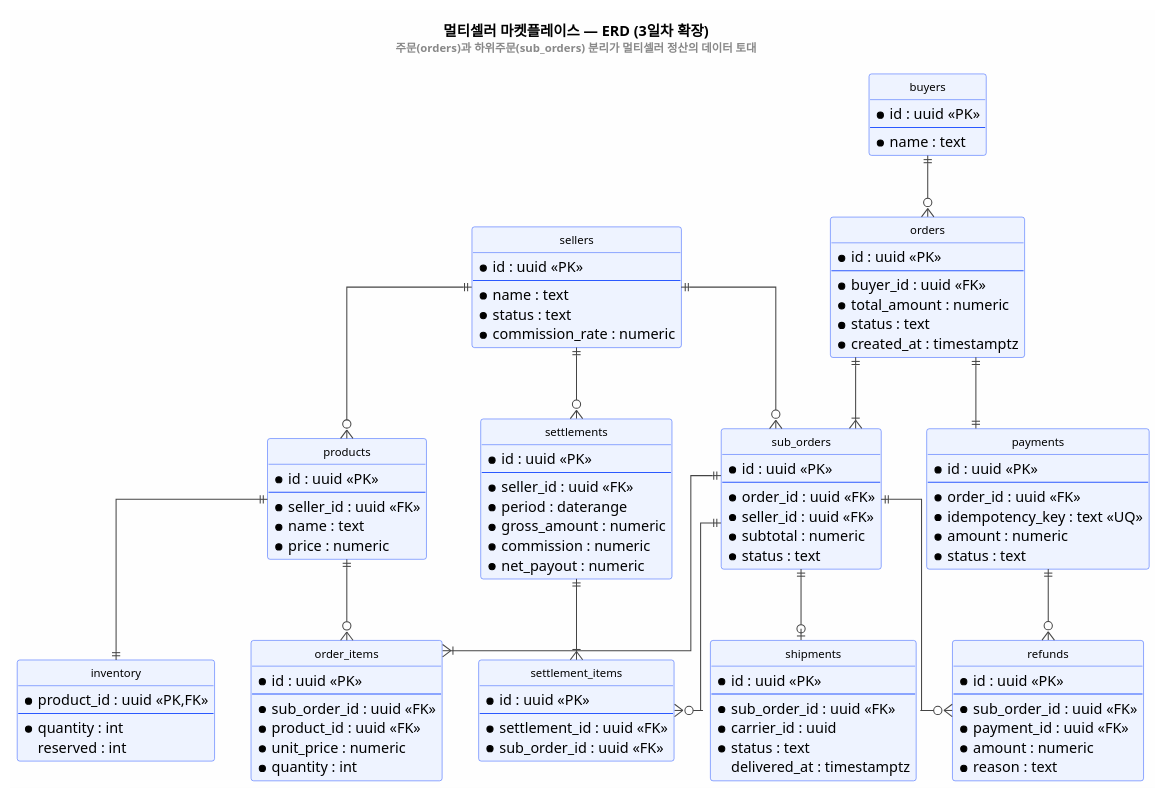
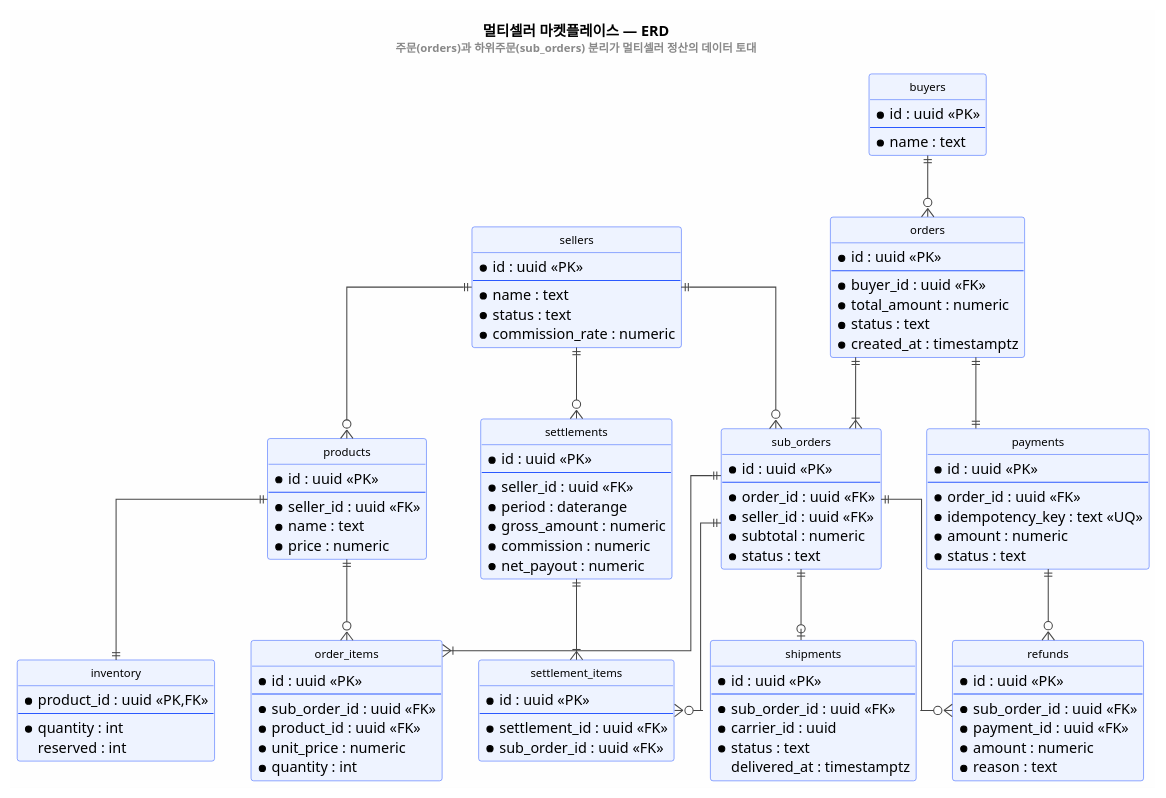
The diagram in courses/software-design-with-spec-kit/labs/speckit-ecommerce-fullscale/design/diagrams/erd.puml (kosta-ai-lab/ai-native-sdlc), drawn with PlantUML before and after one commit. The commit also changed 98 other files, not shown here.

```diff
--- a/courses/software-design-with-spec-kit/labs/speckit-ecommerce-fullscale/design/diagrams/erd.puml
+++ b/courses/software-design-with-spec-kit/labs/speckit-ecommerce-fullscale/design/diagrams/erd.puml
@@ -1,118 +1,118 @@
 @startuml erd
 skinparam backgroundColor #FEFEFE
 skinparam shadowing false
 skinparam linetype ortho
 skinparam class {
   BackgroundColor #EEF3FF
   BorderColor #2b59ff
   ArrowColor #444444
   FontSize 11
 }
 hide circle
-title 멀티셀러 마켓플레이스 — ERD (3일차 확장)\n<size:11><color:#888>주문(orders)과 하위주문(sub_orders) 분리가 멀티셀러 정산의 데이터 토대</color></size>
+title 멀티셀러 마켓플레이스 — ERD\n<size:11><color:#888>주문(orders)과 하위주문(sub_orders) 분리가 멀티셀러 정산의 데이터 토대</color></size>
 
 entity sellers {
   * id : uuid <<PK>>
   --
   * name : text
   * status : text
   * commission_rate : numeric
 }
 entity products {
   * id : uuid <<PK>>
   --
   * seller_id : uuid <<FK>>
   * name : text
   * price : numeric
 }
 entity inventory {
   * product_id : uuid <<PK,FK>>
   --
   * quantity : int
   reserved : int
 }
 entity buyers {
   * id : uuid <<PK>>
   --
   * name : text
 }
 entity orders {
   * id : uuid <<PK>>
   --
   * buyer_id : uuid <<FK>>
   * total_amount : numeric
   * status : text
   * created_at : timestamptz
 }
 entity sub_orders {
   * id : uuid <<PK>>
   --
   * order_id : uuid <<FK>>
   * seller_id : uuid <<FK>>
   * subtotal : numeric
   * status : text
 }
 entity order_items {
   * id : uuid <<PK>>
   --
   * sub_order_id : uuid <<FK>>
   * product_id : uuid <<FK>>
   * unit_price : numeric
   * quantity : int
 }
 entity payments {
   * id : uuid <<PK>>
   --
   * order_id : uuid <<FK>>
   * idempotency_key : text <<UQ>>
   * amount : numeric
   * status : text
 }
 entity shipments {
   * id : uuid <<PK>>
   --
   * sub_order_id : uuid <<FK>>
   * carrier_id : uuid
   * status : text
   delivered_at : timestamptz
 }
 entity settlements {
   * id : uuid <<PK>>
   --
   * seller_id : uuid <<FK>>
   * period : daterange
   * gross_amount : numeric
   * commission : numeric
   * net_payout : numeric
 }
 entity settlement_items {
   * id : uuid <<PK>>
   --
   * settlement_id : uuid <<FK>>
   * sub_order_id : uuid <<FK>>
 }
 entity refunds {
   * id : uuid <<PK>>
   --
   * sub_order_id : uuid <<FK>>
   * payment_id : uuid <<FK>>
   * amount : numeric
   * reason : text
 }
 
 sellers ||--o{ products
 products ||--|| inventory
 buyers ||--o{ orders
 orders ||--|{ sub_orders
 sub_orders ||--|{ order_items
 products ||--o{ order_items
 orders ||--|| payments
 sub_orders ||--o| shipments
 sellers ||--o{ sub_orders
 sellers ||--o{ settlements
 settlements ||--|{ settlement_items
 sub_orders ||--o{ settlement_items
 sub_orders ||--o{ refunds
 payments ||--o{ refunds
 
 @enduml
```
